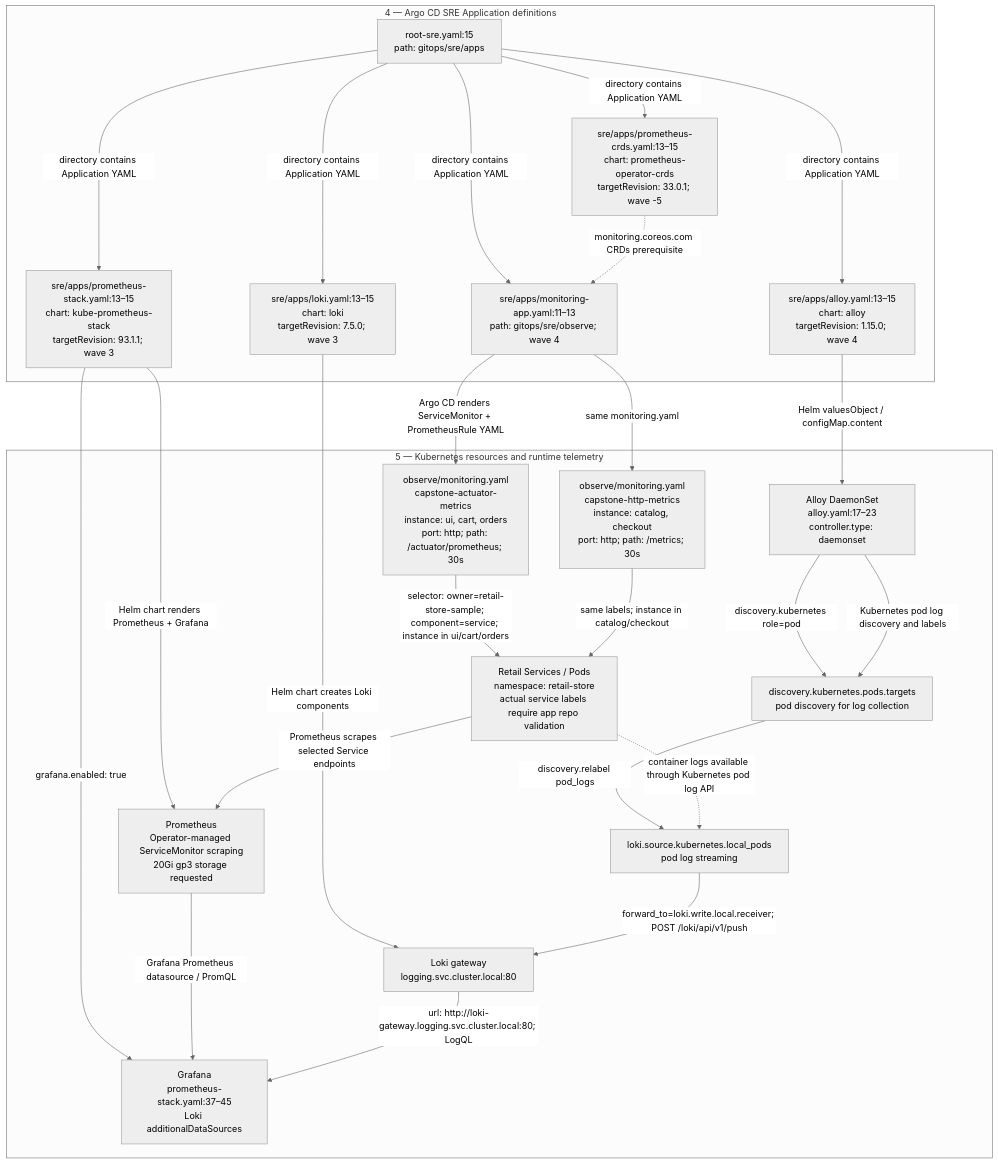
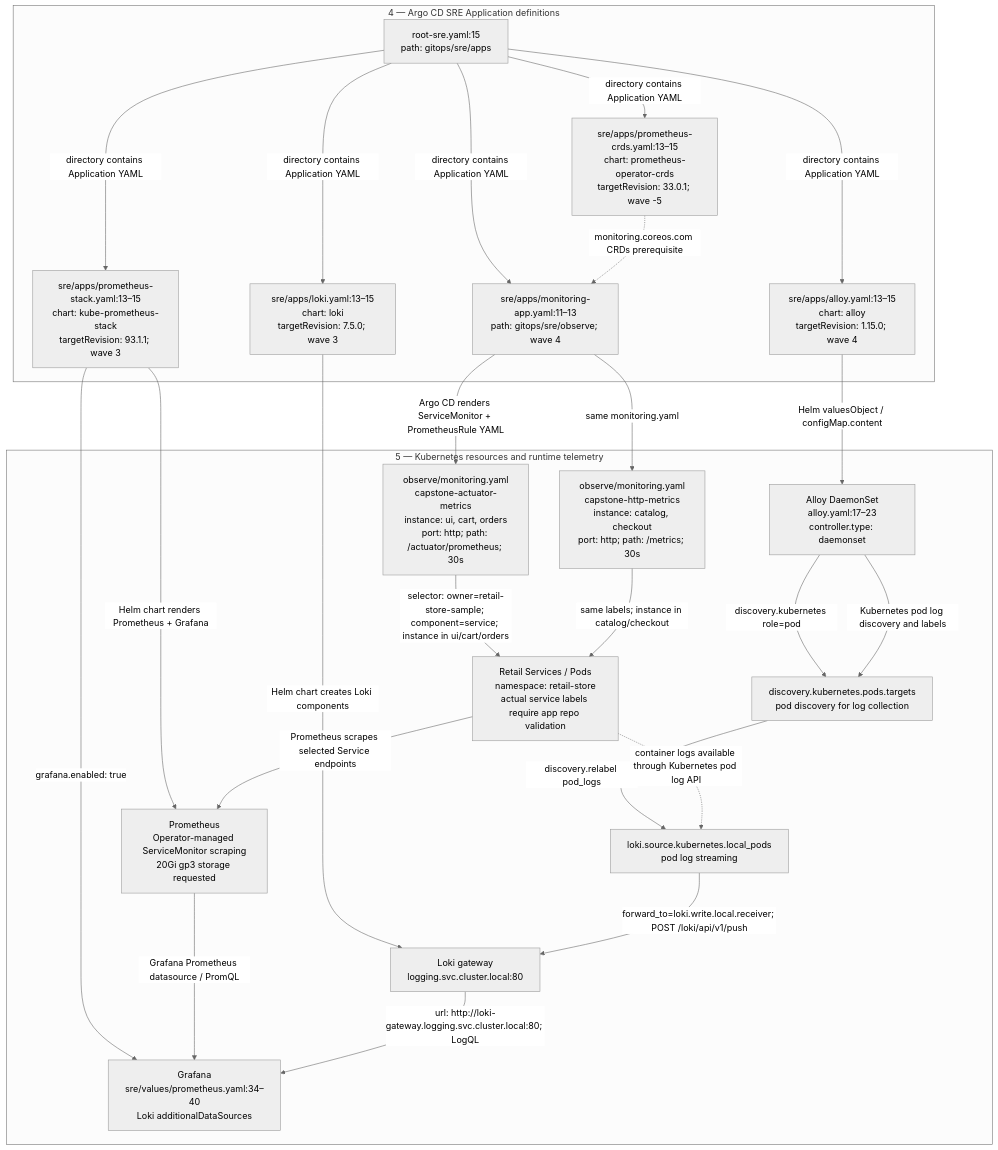
The second of 5 diagrams in gitops/README.md (eugenewongyj/cloud-ntu-capstone-group2-infra), drawn with Mermaid (neutral theme) before and after one commit. The commit also changed other lines of this file and 5 other files, not shown here.

Commit message:
refactor(sre): separate Prometheus Helm values from Argo CD apps

````diff
--- a/gitops/README.md
+++ b/gitops/README.md
@@ -164,44 +164,44 @@
 ```mermaid
 flowchart TB
   subgraph DECLARE["4 — Argo CD SRE Application definitions"]
     RS["root-sre.yaml:15<br/>path: gitops/sre/apps"]
     CRD["sre/apps/prometheus-crds.yaml:13–15<br/>chart: prometheus-operator-crds<br/>targetRevision: 33.0.1; wave -5"]
     PROM["sre/apps/prometheus-stack.yaml:13–15<br/>chart: kube-prometheus-stack<br/>targetRevision: 93.1.1; wave 3"]
     ALLOY["sre/apps/alloy.yaml:13–15<br/>chart: alloy<br/>targetRevision: 1.15.0; wave 4"]
     LOKI["sre/apps/loki.yaml:13–15<br/>chart: loki<br/>targetRevision: 7.5.0; wave 3"]
     MON["sre/apps/monitoring-app.yaml:11–13<br/>path: gitops/sre/observe; wave 4"]
     RS -->|"directory contains Application YAML"| CRD
     RS -->|"directory contains Application YAML"| PROM
     RS -->|"directory contains Application YAML"| ALLOY
     RS -->|"directory contains Application YAML"| LOKI
     RS -->|"directory contains Application YAML"| MON
   end
   CRD -.->|"monitoring.coreos.com CRDs prerequisite"| MON
   subgraph RUNTIME["5 — Kubernetes resources and runtime telemetry"]
     RETAIL["Retail Services / Pods<br/>namespace: retail-store<br/>actual service labels require app repo validation"]
     SM1["observe/monitoring.yaml<br/>capstone-actuator-metrics<br/>instance: ui, cart, orders<br/>port: http; path: /actuator/prometheus; 30s"]
     SM2["observe/monitoring.yaml<br/>capstone-http-metrics<br/>instance: catalog, checkout<br/>port: http; path: /metrics; 30s"]
     P["Prometheus<br/>Operator-managed ServiceMonitor scraping<br/>20Gi gp3 storage requested"]
     A["Alloy DaemonSet<br/>alloy.yaml:17–23<br/>controller.type: daemonset"]
     D["discovery.kubernetes.pods.targets<br/>pod discovery for log collection"]
     LOG["loki.source.kubernetes.local_pods<br/>pod log streaming"]
     L["Loki gateway<br/>logging.svc.cluster.local:80"]
-    G["Grafana<br/>prometheus-stack.yaml:37–45<br/>Loki additionalDataSources"]
+    G["Grafana<br/>sre/values/prometheus.yaml:34–40<br/>Loki additionalDataSources"]
   end
   MON -->|"Argo CD renders ServiceMonitor + PrometheusRule YAML"| SM1
   MON -->|"same monitoring.yaml"| SM2
   PROM -->|"Helm chart renders Prometheus + Grafana"| P
   PROM -->|"grafana.enabled: true"| G
   ALLOY -->|"Helm valuesObject / configMap.content"| A
   LOKI -->|"Helm chart creates Loki components"| L
   SM1 -->|"selector: owner=retail-store-sample; component=service; instance in ui/cart/orders"| RETAIL
   SM2 -->|"same labels; instance in catalog/checkout"| RETAIL
   RETAIL -->|"Prometheus scrapes selected Service endpoints"| P
   A -->|"discovery.kubernetes role=pod"| D
   D -->|"discovery.relabel pod_logs"| LOG
   A -->|"Kubernetes pod log discovery and labels"| D
   RETAIL -.->|"container logs available through Kubernetes pod log API"| LOG
   LOG -->|"forward_to=loki.write.local.receiver; POST /loki/api/v1/push"| L
   P -->|"Grafana Prometheus datasource / PromQL"| G
   L -->|"url: http://loki-gateway.logging.svc.cluster.local:80; LogQL"| G
 ```
````
